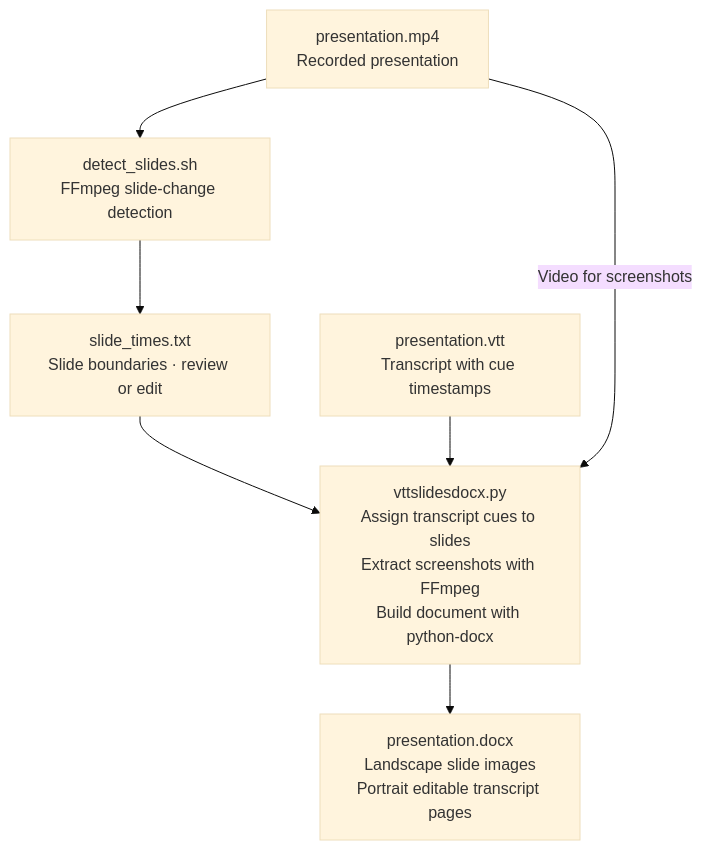
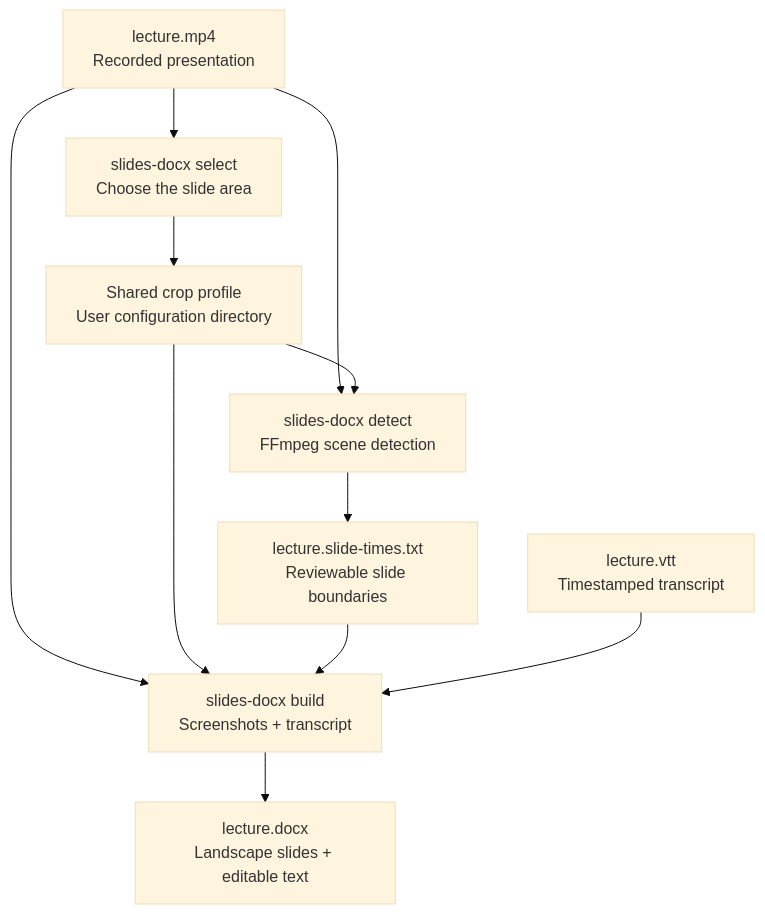
Before and after one commit to Dreyvor/Slides-docx: the diagram in README.md, drawn with Mermaid (base theme). The commit also changed other lines of this file and 20 other files, not shown here.

````diff
--- a/README.md
+++ b/README.md
@@ -45,16 +9,19 @@
 ```mermaid
 flowchart TD
-    video["presentation.mp4<br/>Recorded presentation"]
-    vtt["presentation.vtt<br/>Transcript with cue timestamps"]
-    detect["detect_slides.sh<br/>FFmpeg slide-change detection"]
-    times["slide_times.txt<br/>Slide boundaries · review or edit"]
-    merge["vttslidesdocx.py<br/>Assign transcript cues to slides<br/>Extract screenshots with FFmpeg<br/>Build document with python-docx"]
-    docx["presentation.docx<br/>Landscape slide images<br/>Portrait editable transcript pages"]
+    video["lecture.mp4<br/>Recorded presentation"]
+    select["slides-docx select<br/>Choose the slide area"]
+    profile["Shared crop profile<br/>User configuration directory"]
+    detect["slides-docx detect<br/>FFmpeg scene detection"]
+    times["lecture.slide-times.txt<br/>Reviewable slide boundaries"]
+    vtt["lecture.vtt<br/>Timestamped transcript"]
+    build["slides-docx build<br/>Screenshots + transcript"]
+    docx["lecture.docx<br/>Landscape slides + editable text"]
 
+    video --> select --> profile
     video --> detect
-    detect --> times
-    times --> merge
-    vtt --> merge
-    video -->|Video for screenshots| merge
-    merge --> docx
+    profile --> detect --> times
+    video --> build
+    profile --> build
+    times --> build
+    vtt --> build --> docx
 ```
````
